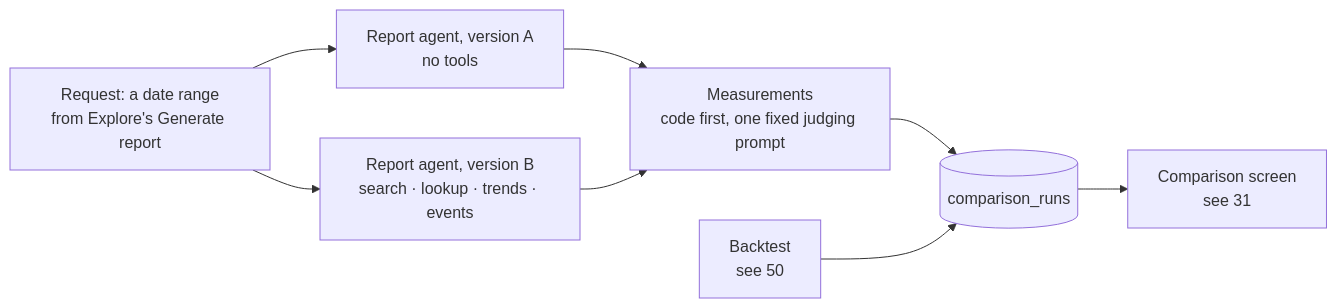
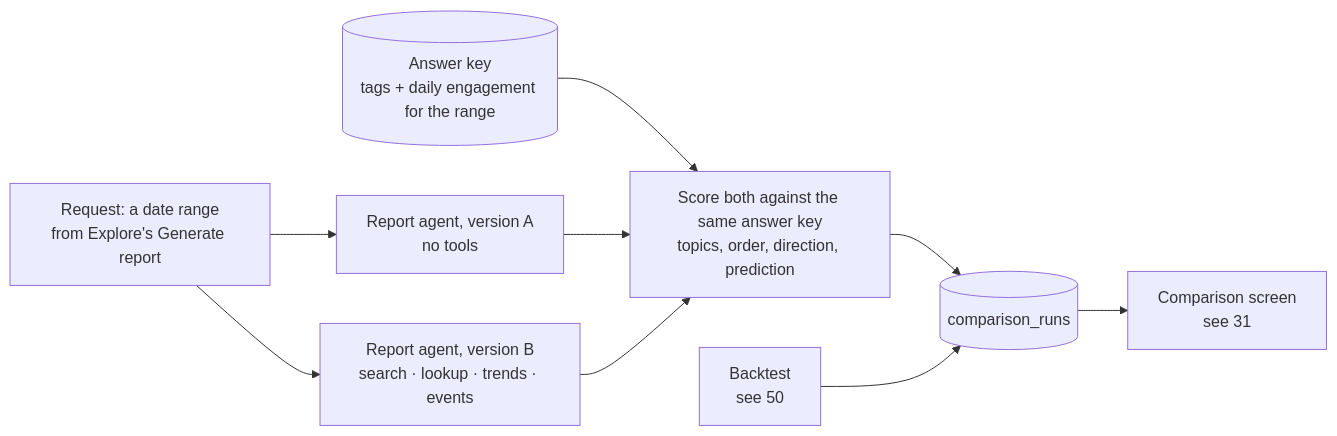
One commit to brianaderer/transcendent changed the diagram in docs/atlas/70-comparison.md. Above: the diagram before and after it, drawn with Mermaid. The commit also changed other lines of this file and 3 other files, not shown here.

Commit message:
Atlas: 70 (draft) comparison scores aggregate conclusions against one answer key (OPEN-21)

````diff
--- a/docs/atlas/70-comparison.md
+++ b/docs/atlas/70-comparison.md
@@ -9,18 +9,20 @@
 ```mermaid
 flowchart LR
     REQ["Request: a date range<br/>from Explore's Generate report"]
     A["Report agent, version A<br/>no tools"]
     B["Report agent, version B<br/>search · lookup · trends · events"]
-    MEAS["Measurements<br/>code first, one fixed judging prompt"]
+    MEAS["Score both against the same answer key<br/>topics, order, direction, prediction"]
+    KEY[("Answer key<br/>tags + daily engagement for the range")]
+    KEY --> MEAS
     BT["Backtest<br/>see 50"]
     RUN[("comparison_runs")]
     SCR["Comparison screen<br/>see 31"]
 
     REQ --> A
     REQ --> B
     A --> MEAS
     B --> MEAS
     MEAS --> RUN
     BT --> RUN
     RUN --> SCR
 ```
````
